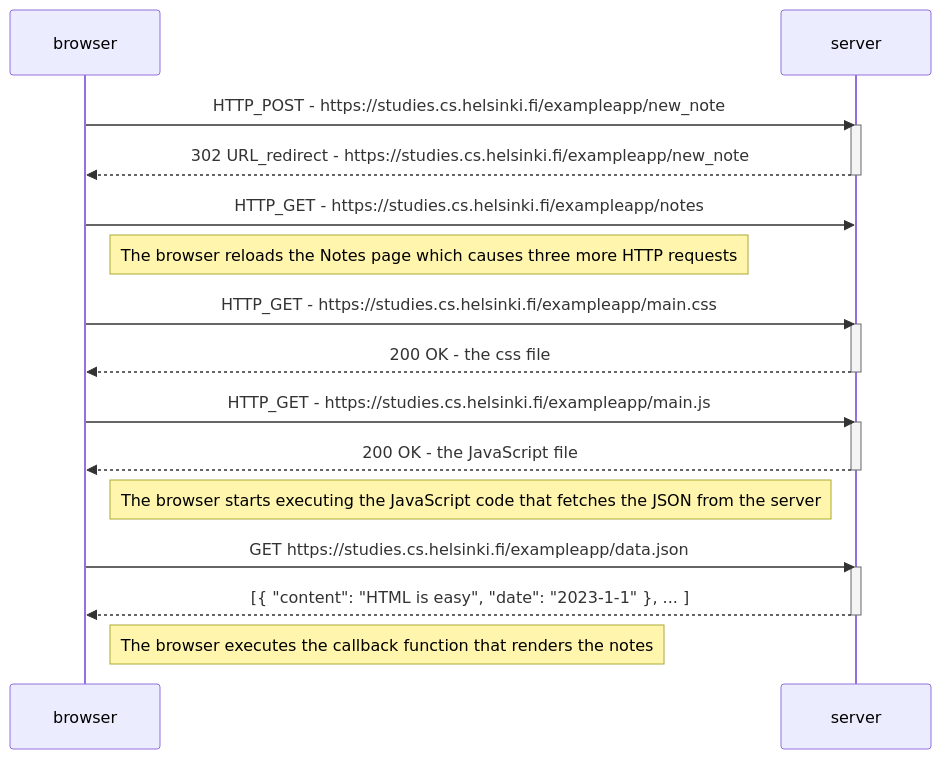
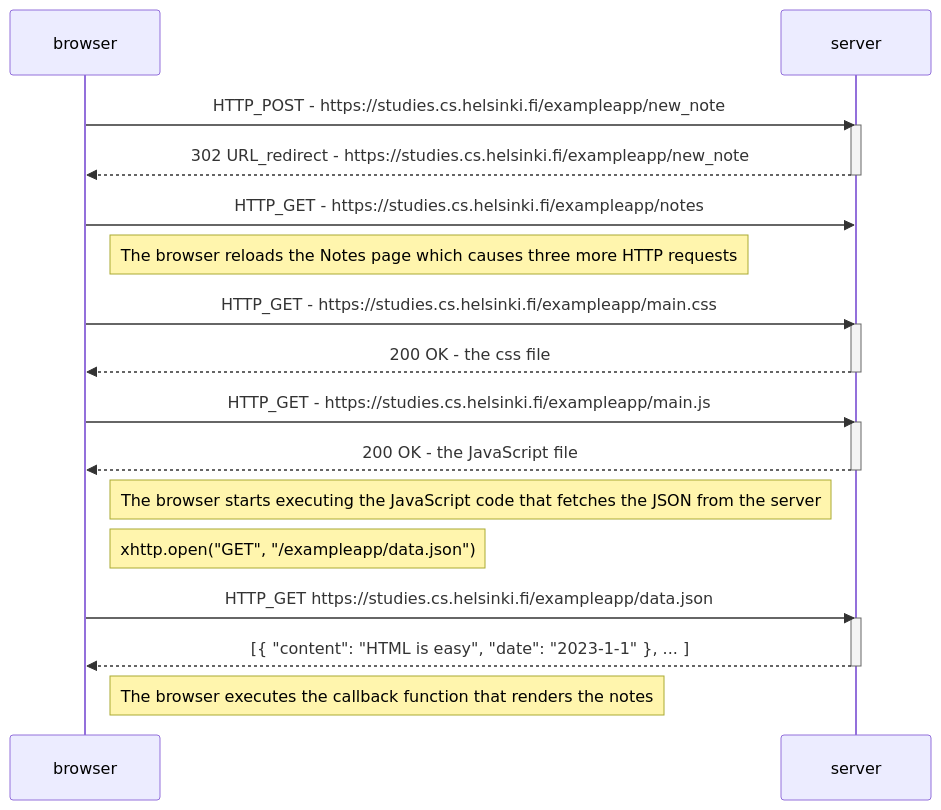
Before and after one commit to TomppeliG6-8/fullstack: the diagram in Part0/0.4 - New note diagram/readme.md, drawn with Mermaid.

````diff
--- a/Part0/0.4 - New note diagram/readme.md
+++ b/Part0/0.4 - New note diagram/readme.md
@@ -1,31 +1,32 @@
 ```mermaid
 sequenceDiagram
     participant browser
     participant server
 
     browser->>server: HTTP_POST - https://studies.cs.helsinki.fi/exampleapp/new_note
     activate server
     server-->>browser: 302 URL_redirect - https://studies.cs.helsinki.fi/exampleapp/new_note
     deactivate server
 
     browser->>server: HTTP_GET - https://studies.cs.helsinki.fi/exampleapp/notes
     Note right of browser: The browser reloads the Notes page which causes three more HTTP requests
     browser->>server: HTTP_GET - https://studies.cs.helsinki.fi/exampleapp/main.css
     activate server
     server-->>browser: 200 OK - the css file
     deactivate server
 
     browser->>server: HTTP_GET - https://studies.cs.helsinki.fi/exampleapp/main.js
     activate server
     server-->>browser: 200 OK - the JavaScript file
     deactivate server
 
     Note right of browser: The browser starts executing the JavaScript code that fetches the JSON from the server
+    Note right of browser: xhttp.open("GET", "/exampleapp/data.json")
 
-    browser->>server: GET https://studies.cs.helsinki.fi/exampleapp/data.json
+    browser->>server: HTTP_GET https://studies.cs.helsinki.fi/exampleapp/data.json
     activate server
     server-->>browser: [{ "content": "HTML is easy", "date": "2023-1-1" }, ... ]
     deactivate server
 
     Note right of browser: The browser executes the callback function that renders the notes
 ```
````
